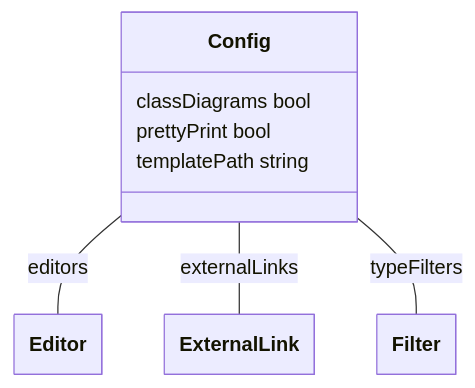
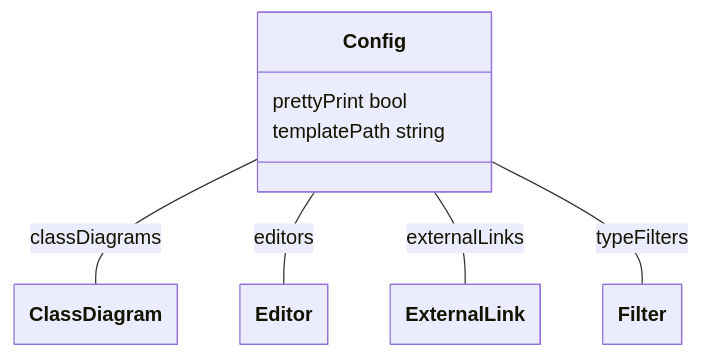
Before and after one commit to theunrepentantgeek/crddoc: the second of 5 diagrams in docs/config/config.md, drawn with Mermaid. The commit also changed other lines of this file and 6 other files, not shown here.

Commit message:
Update docs to include class diagrams

````diff
--- a/docs/config/config.md
+++ b/docs/config/config.md
@@ -14,21 +39,22 @@
 ```mermaid
 ---
   config:
     class:
       hideEmptyMembersBox: true
 ---
 classDiagram
 class Config["Config"] {
-    classDiagrams bool
     prettyPrint bool
     templatePath string
 }
 
+
+Config -- ClassDiagram : classDiagrams
 Config -- Editor : editors
 Config -- ExternalLink : externalLinks
 Config -- Filter : typeFilters
+class ClassDiagram["ClassDiagram"] 
 class Editor["Editor"] 
 class ExternalLink["ExternalLink"] 
 class Filter["Filter"] 
-
 ```
````
